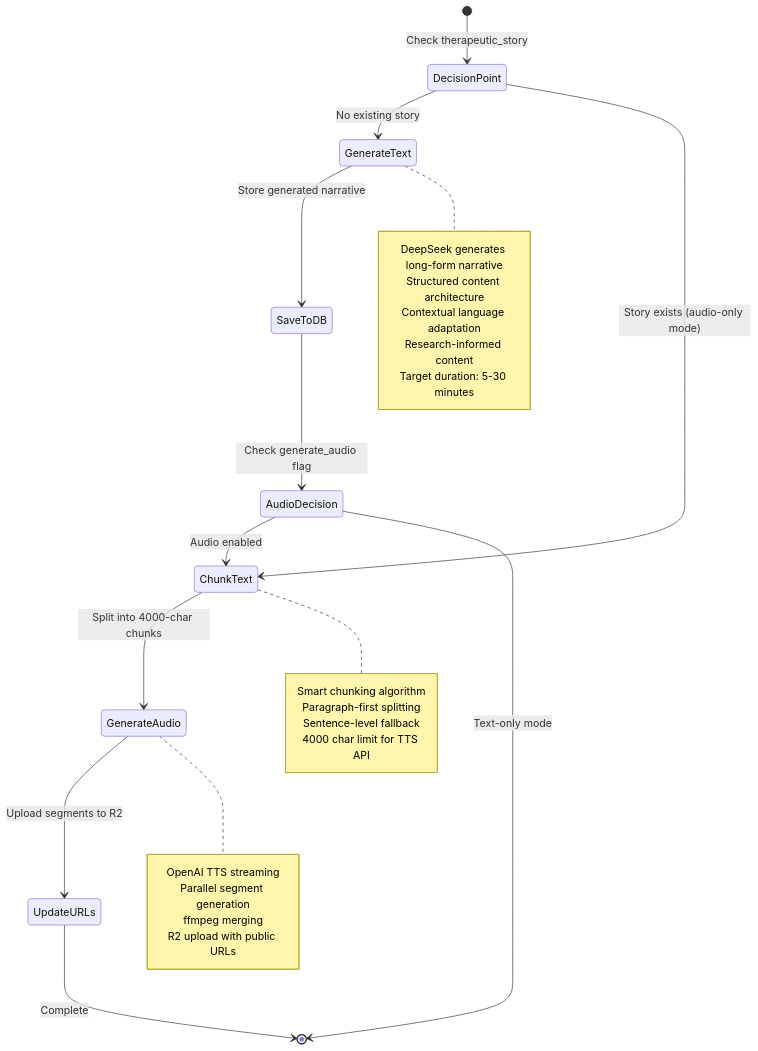
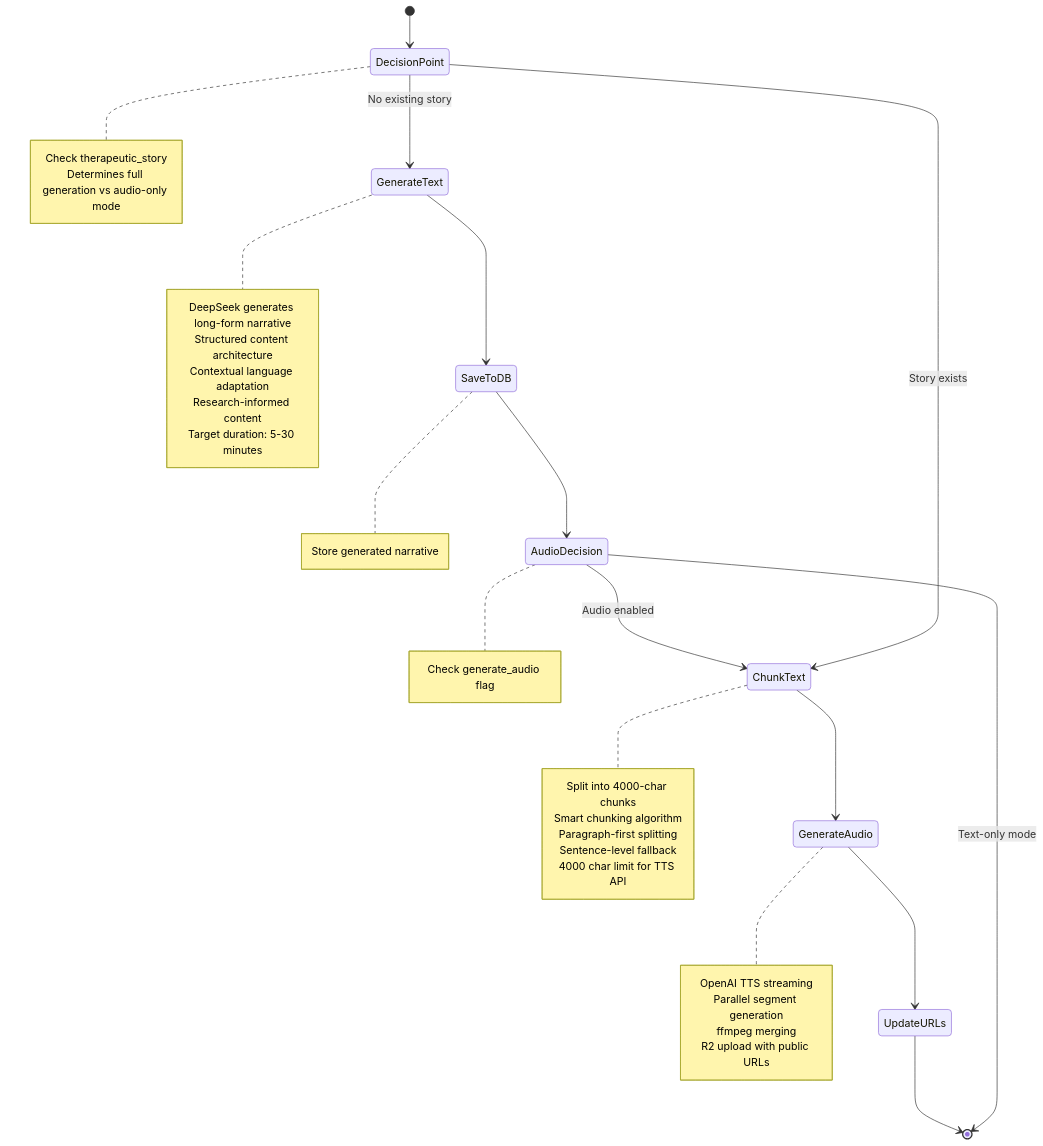
The third of 6 diagrams in blog/2026/01-18-langgraph-tts-therapeutic-audio-architecture/index.md (nicolad/vadim.blog), drawn with Mermaid before and after one commit. The commit also changed other lines of this file and 3 other files, not shown here.

Commit message:
Schema-First RAG with Eval-Gated Grounding and Claim-Card Provenance

````diff
--- a/blog/2026/01-18-langgraph-tts-therapeutic-audio-architecture/index.md
+++ b/blog/2026/01-18-langgraph-tts-therapeutic-audio-architecture/index.md
@@ -131,39 +134,53 @@
 ```mermaid
 stateDiagram-v2
-    [*] --> DecisionPoint: Check therapeutic_story
+    [*] --> DecisionPoint
     
     DecisionPoint --> GenerateText: No existing story
-    DecisionPoint --> ChunkText: Story exists (audio-only mode)
+    DecisionPoint --> ChunkText: Story exists
     
-    GenerateText --> SaveToDB: Store generated narrative
-    SaveToDB --> AudioDecision: Check generate_audio flag
+    GenerateText --> SaveToDB
+    SaveToDB --> AudioDecision
     
     AudioDecision --> ChunkText: Audio enabled
     AudioDecision --> [*]: Text-only mode
     
-    ChunkText --> GenerateAudio: Split into 4000-char chunks
-    GenerateAudio --> UpdateURLs: Upload segments to R2
-    UpdateURLs --> [*]: Complete
+    ChunkText --> GenerateAudio
+    GenerateAudio --> UpdateURLs
+    UpdateURLs --> [*]
+    
+    note right of DecisionPoint
+        Check therapeutic_story
+        Determines full generation vs audio-only mode
+    end note
     
     note right of GenerateText
         DeepSeek generates long-form narrative
         Structured content architecture
         Contextual language adaptation
         Research-informed content
         Target duration: 5-30 minutes
     end note
     
+    note right of SaveToDB
+        Store generated narrative
+    end note
+    
+    note right of AudioDecision
+        Check generate_audio flag
+    end note
+    
     note right of ChunkText
+        Split into 4000-char chunks
         Smart chunking algorithm
         Paragraph-first splitting
         Sentence-level fallback
         4000 char limit for TTS API
     end note
     
     note right of GenerateAudio
         OpenAI TTS streaming
         Parallel segment generation
         ffmpeg merging
         R2 upload with public URLs
     end note
 ```
````
